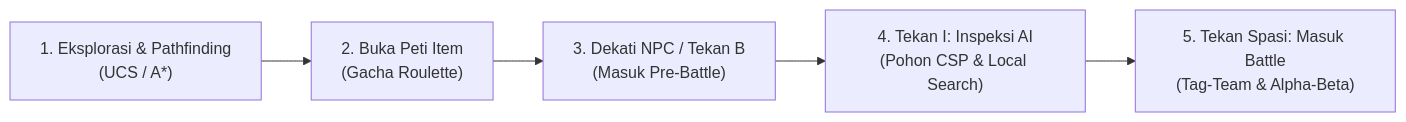
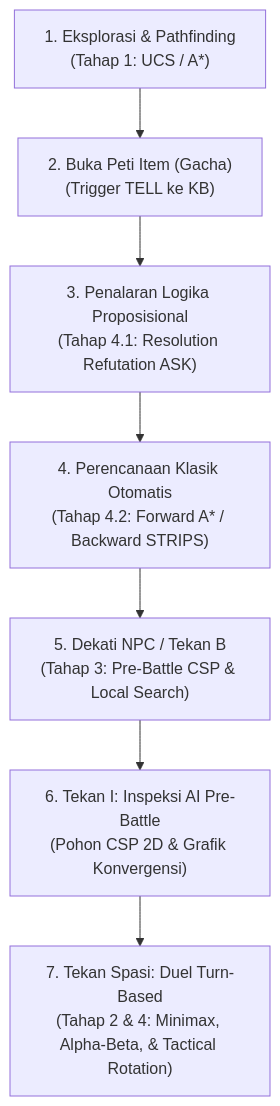
Before and after one commit to hanifmyssr/Game-AI: the diagram in README.md, drawn with Mermaid. The commit also changed other lines of this file and 8 other files, not shown here.

````diff
--- a/README.md
+++ b/README.md
@@ -38,7 +41,9 @@
 ```mermaid
-flowchart LR
-    A["1. Eksplorasi & Pathfinding<br/>(UCS / A*)"] --> B["2. Buka Peti Item<br/>(Gacha Roulette)"]
-    B --> C["3. Dekati NPC / Tekan B<br/>(Masuk Pre-Battle)"]
-    C --> D["4. Tekan I: Inspeksi AI<br/>(Pohon CSP & Local Search)"]
-    D --> E["5. Tekan Spasi: Masuk Battle<br/>(Tag-Team & Alpha-Beta)"]
+flowchart TD
+    A["1. Eksplorasi & Pathfinding<br/>(Tahap 1: UCS / A*)"] --> B["2. Buka Peti Item (Gacha)<br/>(Trigger TELL ke KB)"]
+    B --> C["3. Penalaran Logika Proposisional<br/>(Tahap 4.1: Resolution Refutation ASK)"]
+    C --> D["4. Perencanaan Klasik Otomatis<br/>(Tahap 4.2: Forward A* / Backward STRIPS)"]
+    D --> E["5. Dekati NPC / Tekan B<br/>(Tahap 3: Pre-Battle CSP & Local Search)"]
+    E --> F["6. Tekan I: Inspeksi AI Pre-Battle<br/>(Pohon CSP 2D & Grafik Konvergensi)"]
+    F --> G["7. Tekan Spasi: Duel Turn-Based<br/>(Tahap 2 & 4: Minimax, Alpha-Beta, & Tactical Rotation)"]
 ```
````
